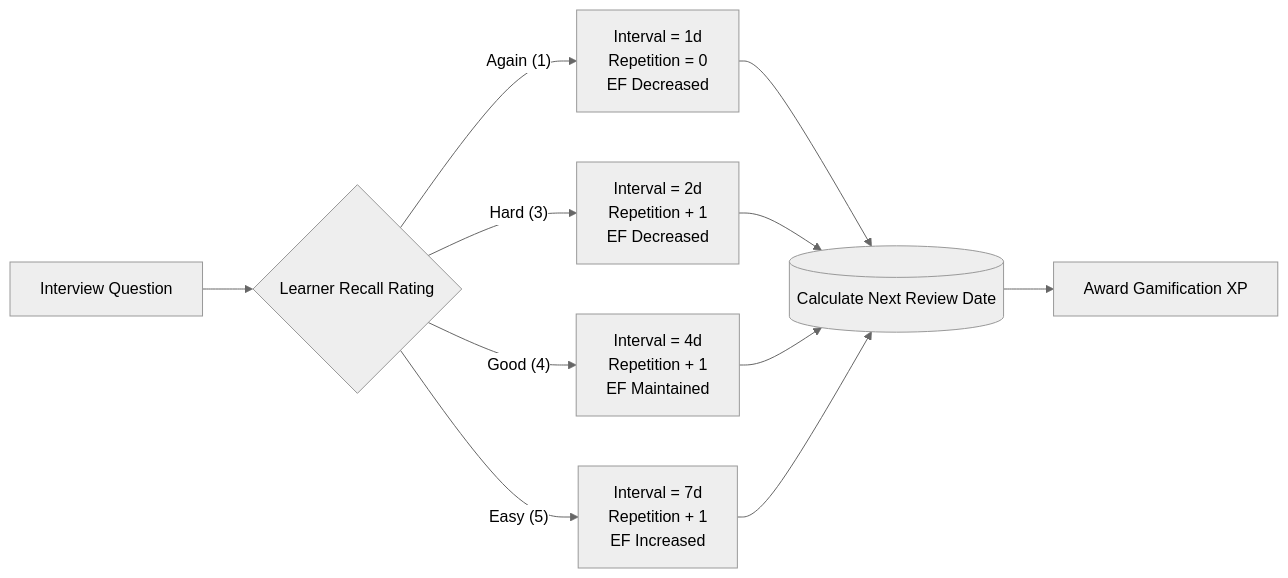
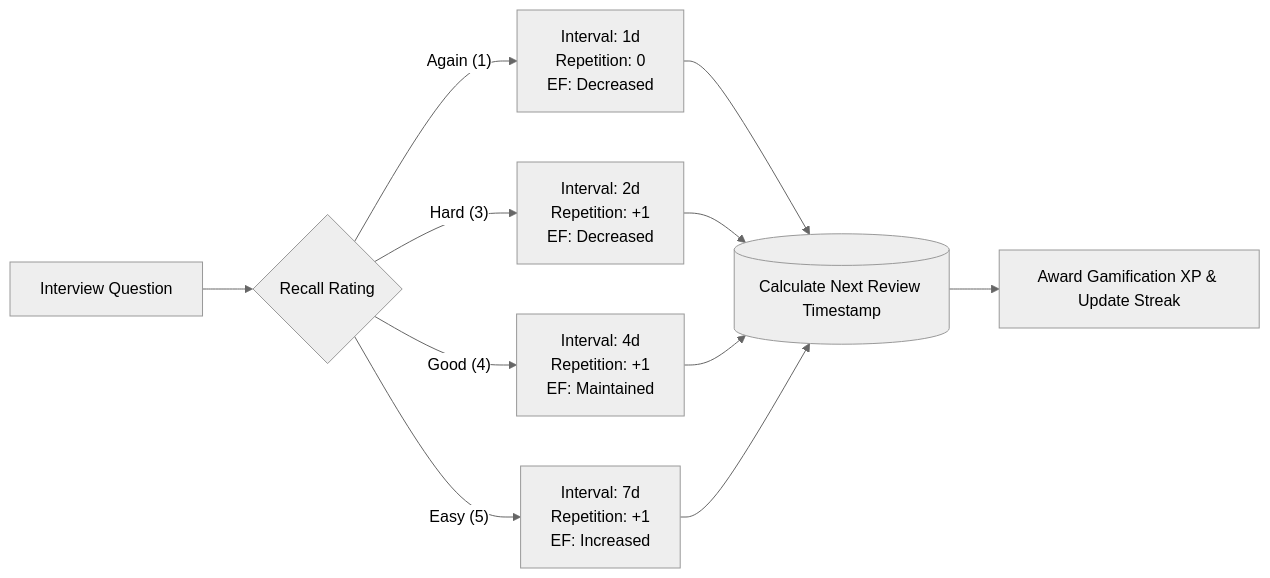
Before and after one commit to iammehedi4201/LearnCraft: the third of 3 diagrams in README.md, drawn with Mermaid (neutral theme). The commit also changed other lines of this file and 5 other files, not shown here.

````diff
--- a/README.md
+++ b/README.md
@@ -196,15 +237,15 @@
 ```mermaid
 flowchart LR
-    Question["Interview Question"] --> UserReview{"Learner Recall Rating"}
-    UserReview -->|"Again (1)"| Reset["Interval = 1d<br/>Repetition = 0<br/>EF Decreased"]
-    UserReview -->|"Hard (3)"| Hard["Interval = 2d<br/>Repetition + 1<br/>EF Decreased"]
-    UserReview -->|"Good (4)"| Good["Interval = 4d<br/>Repetition + 1<br/>EF Maintained"]
-    UserReview -->|"Easy (5)"| Easy["Interval = 7d<br/>Repetition + 1<br/>EF Increased"]
+    Question["Interview Question"] --> UserReview{"Recall Rating"}
+    UserReview -->|"Again (1)"| Reset["Interval: 1d<br/>Repetition: 0<br/>EF: Decreased"]
+    UserReview -->|"Hard (3)"| Hard["Interval: 2d<br/>Repetition: +1<br/>EF: Decreased"]
+    UserReview -->|"Good (4)"| Good["Interval: 4d<br/>Repetition: +1<br/>EF: Maintained"]
+    UserReview -->|"Easy (5)"| Easy["Interval: 7d<br/>Repetition: +1<br/>EF: Increased"]
     
-    Reset --> Schedule[("Calculate Next Review Date")]
+    Reset --> Schedule[("Calculate Next Review Timestamp")]
     Hard --> Schedule
     Good --> Schedule
     Easy --> Schedule
     
-    Schedule --> XP["Award Gamification XP"]
+    Schedule --> XP["Award Gamification XP & Update Streak"]
 ```
````
